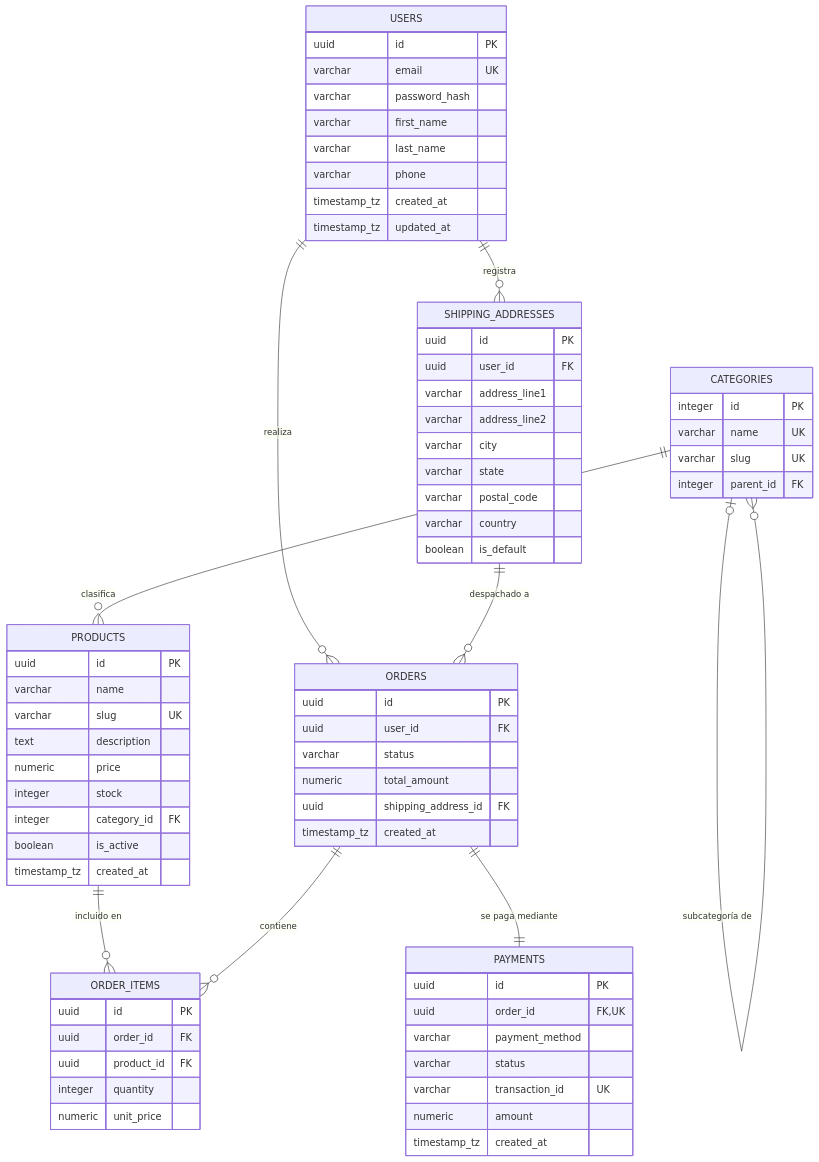
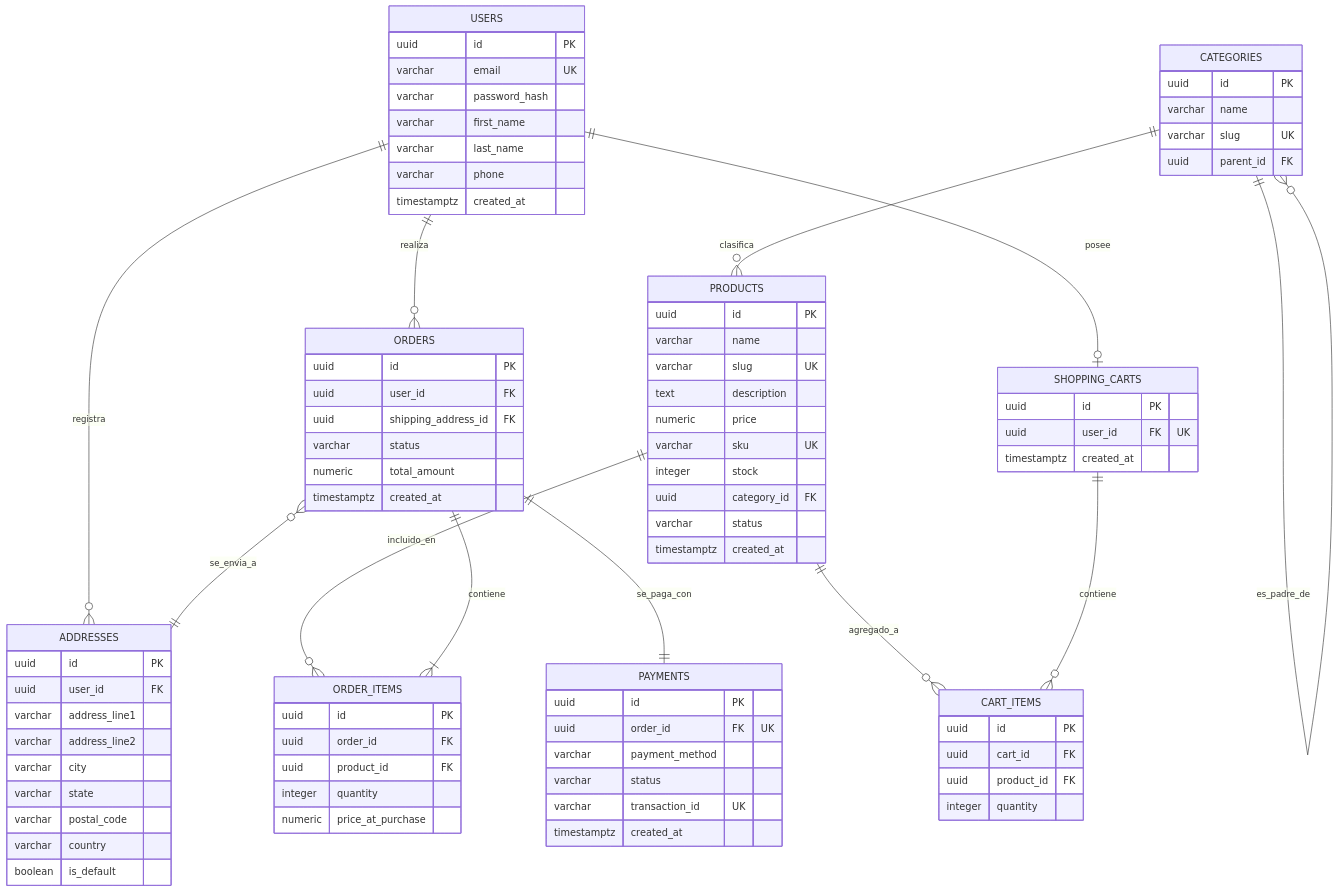
The diagram in 01_Microservicios/pedidos.md (Fern-411/compustore-docs), drawn with Mermaid before and after one commit. The commit also changed other lines of this file, not shown here.

Commit message:
🗄️ Actualización del esquema de base de datos y diagramas ER (IA)

````diff
--- a/01_Microservicios/pedidos.md
+++ b/01_Microservicios/pedidos.md
@@ -16,13 +29,20 @@
 ```mermaid
 erDiagram
+    USERS ||--o{ ADDRESSES : "registra"
     USERS ||--o{ ORDERS : "realiza"
-    USERS ||--o{ SHIPPING_ADDRESSES : "registra"
+    USERS ||--o| SHOPPING_CARTS : "posee"
+    
+    CATEGORIES ||--o{ CATEGORIES : "es_padre_de"
     CATEGORIES ||--o{ PRODUCTS : "clasifica"
-    CATEGORIES |o--o{ CATEGORIES : "subcategoría de"
-    PRODUCTS ||--o{ ORDER_ITEMS : "incluido en"
-    ORDERS ||--o{ ORDER_ITEMS : "contiene"
-    ORDERS ||--|| PAYMENTS : "se paga mediante"
-    SHIPPING_ADDRESSES ||--o{ ORDERS : "despachado a"
+    
+    PRODUCTS ||--o{ ORDER_ITEMS : "incluido_en"
+    PRODUCTS ||--o{ CART_ITEMS : "agregado_a"
+    
+    ORDERS ||--|{ ORDER_ITEMS : "contiene"
+    ORDERS ||--|| PAYMENTS : "se_paga_con"
+    ORDERS }o--|| ADDRESSES : "se_envia_a"
+    
+    SHOPPING_CARTS ||--o{ CART_ITEMS : "contiene"
 
     USERS {
         uuid id PK
@@ -31,11 +51,10 @@
         varchar first_name
         varchar last_name
         varchar phone
-        timestamp_tz created_at
-        timestamp_tz updated_at
+        timestamptz created_at
     }
 
-    SHIPPING_ADDRESSES {
+    ADDRESSES {
         uuid id PK
         uuid user_id FK
         varchar address_line1
@@ -48,10 +67,10 @@
     }
 
     CATEGORIES {
-        integer id PK
-        varchar name UK
+        uuid id PK
+        varchar name
         varchar slug UK
-        integer parent_id FK
+        uuid parent_id FK
     }
 
     PRODUCTS {
@@ -60,19 +79,20 @@
         varchar slug UK
         text description
         numeric price
+        varchar sku UK
         integer stock
-        integer category_id FK
-        boolean is_active
-        timestamp_tz created_at
+        uuid category_id FK
+        varchar status
+        timestamptz created_at
     }
 
     ORDERS {
         uuid id PK
         uuid user_id FK
+        uuid shipping_address_id FK
         varchar status
         numeric total_amount
-        uuid shipping_address_id FK
-        timestamp_tz created_at
+        timestamptz created_at
     }
 
     ORDER_ITEMS {
@@ -80,16 +100,28 @@
         uuid order_id FK
         uuid product_id FK
         integer quantity
-        numeric unit_price
+        numeric price_at_purchase
     }
 
     PAYMENTS {
         uuid id PK
-        uuid order_id FK,UK
+        uuid order_id FK "UK"
         varchar payment_method
         varchar status
         varchar transaction_id UK
-        numeric amount
-        timestamp_tz created_at
+        timestamptz created_at
+    }
+
+    SHOPPING_CARTS {
+        uuid id PK
+        uuid user_id FK "UK"
+        timestamptz created_at
+    }
+
+    CART_ITEMS {
+        uuid id PK
+        uuid cart_id FK
+        uuid product_id FK
+        integer quantity
     }
 ```
````
